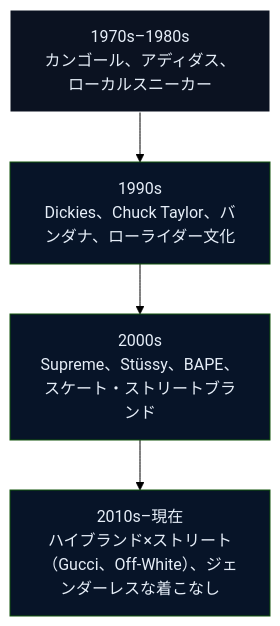
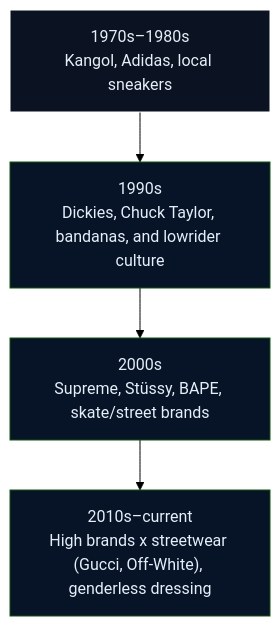
Before and after one commit to monumental-movement/monumental-movement.github.io: the diagram in en/_posts/2025-09-20-Column-Westcoast-Hiphop-History.md, drawn with Mermaid (forest theme). The commit also changed 152 other files, not shown here.

```diff
--- a/en/_posts/2025-09-20-Column-Westcoast-Hiphop-History.md
+++ b/en/_posts/2025-09-20-Column-Westcoast-Hiphop-History.md
@@ -162,10 +162,10 @@
 <div class="mermaid">
 flowchart TD
   style A fill:#0b1221,stroke:#ffffff,stroke-width:1px
-  A["1970s–1980s\nカンゴール、アディダス、ローカルスニーカー"] --> B["1990s\nDickies、Chuck Taylor、バンダナ、ローライダー文化"]
-  B --> C["2000s\nSupreme、Stüssy、BAPE、スケート・ストリートブランド"]
-  C --> D["2010s–現在\nハイブランド×ストリート（Gucci、Off-White）、ジェンダーレスな着こなし"]
+  A["1970s–1980s\nKangol, Adidas, local sneakers"] --> B["1990s\nDickies, Chuck Taylor, bandanas, and lowrider culture"]
+  B --> C["2000s\nSupreme, Stüssy, BAPE, skate/street brands"]
+  C --> D["2010s–current\nHigh brands x streetwear (Gucci, Off-White), genderless dressing"]
 
   classDef decades fill:#071428,color:#e6eef8
   class A,B,C,D decades
 </div>
```
